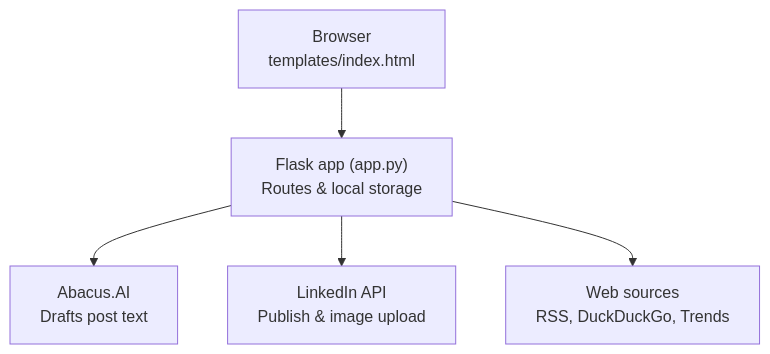
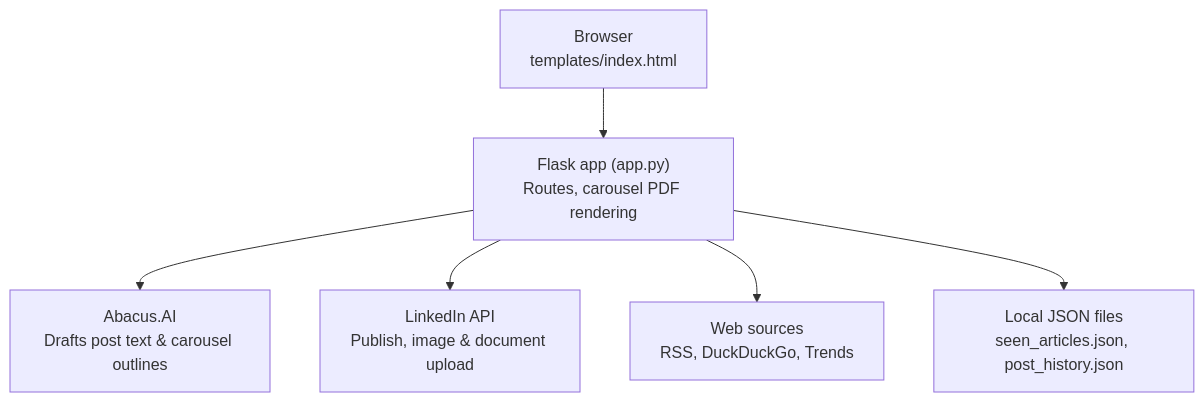
One commit to SujeethHR/Linkedin_automation_v1 changed the diagram in README.md. Above: the diagram before and after it, drawn with Mermaid. The commit also changed other lines of this file and 4 other files, not shown here.

````diff
--- a/README.md
+++ b/README.md
@@ -40,13 +34,15 @@
 ```mermaid
 flowchart TB
     Browser["Browser<br/>templates/index.html"]
-    Flask["Flask app (app.py)<br/>Routes &amp; local storage"]
-    Abacus["Abacus.AI<br/>Drafts post text"]
-    LinkedIn["LinkedIn API<br/>Publish &amp; image upload"]
+    Flask["Flask app (app.py)<br/>Routes, carousel PDF rendering"]
+    Abacus["Abacus.AI<br/>Drafts post text &amp; carousel outlines"]
+    LinkedIn["LinkedIn API<br/>Publish, image &amp; document upload"]
     Web["Web sources<br/>RSS, DuckDuckGo, Trends"]
+    Store["Local JSON files<br/>seen_articles.json, post_history.json"]
 
     Browser --> Flask
     Flask --> Abacus
     Flask --> LinkedIn
     Flask --> Web
+    Flask --> Store
 ```
````
